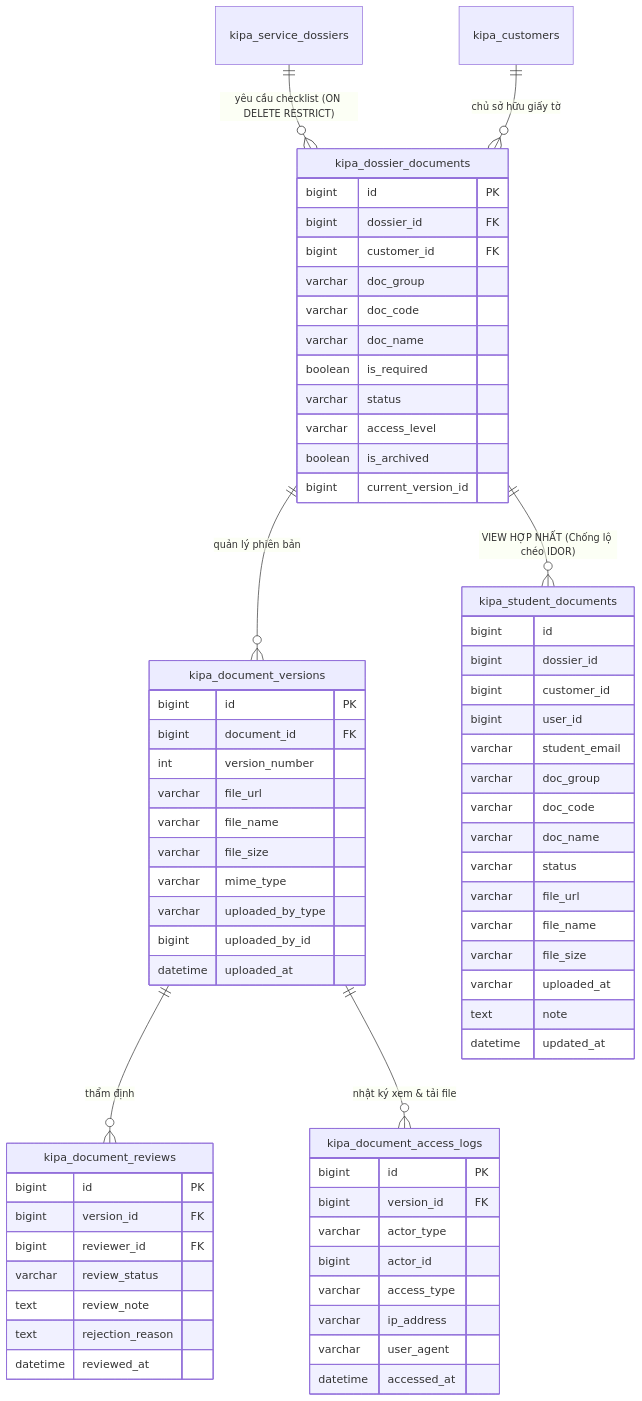
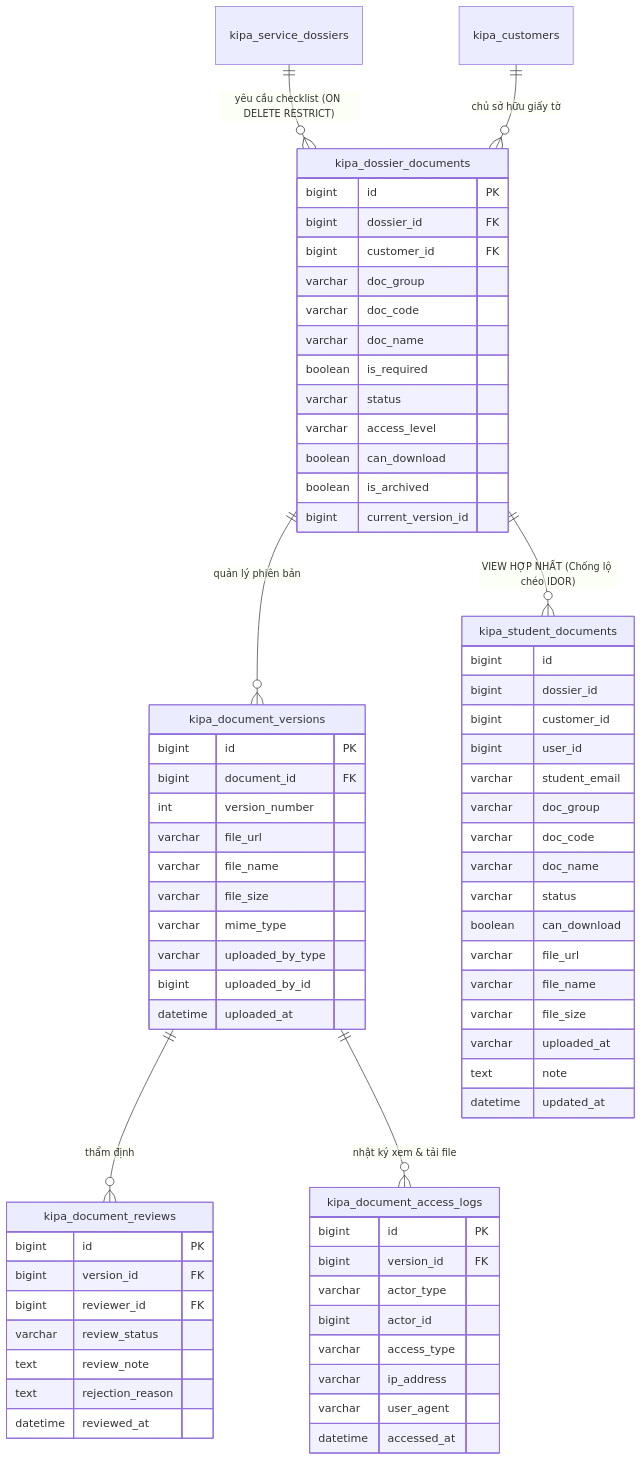
Before and after one commit to sugar4120/Web-KIPA: the sixth of 6 diagrams in DATABASE_RELATIONSHIP_MAP.md, drawn with Mermaid. The commit also changed 8 other files, not shown here.

````diff
--- a/DATABASE_RELATIONSHIP_MAP.md
+++ b/DATABASE_RELATIONSHIP_MAP.md
@@ -396,76 +396,78 @@
 ```mermaid
 erDiagram
     kipa_service_dossiers ||--o{ kipa_dossier_documents : "yêu cầu checklist (ON DELETE RESTRICT)"
     kipa_customers ||--o{ kipa_dossier_documents : "chủ sở hữu giấy tờ"
 
     kipa_dossier_documents {
         bigint id PK
         bigint dossier_id FK
         bigint customer_id FK
         varchar doc_group
         varchar doc_code
         varchar doc_name
         boolean is_required
         varchar status
         varchar access_level
+        boolean can_download
         boolean is_archived
         bigint current_version_id
     }
 
     kipa_document_versions {
         bigint id PK
         bigint document_id FK
         int version_number
         varchar file_url
         varchar file_name
         varchar file_size
         varchar mime_type
         varchar uploaded_by_type
         bigint uploaded_by_id
         datetime uploaded_at
     }
 
     kipa_document_reviews {
         bigint id PK
         bigint version_id FK
         bigint reviewer_id FK
         varchar review_status
         text review_note
         text rejection_reason
         datetime reviewed_at
     }
 
     kipa_document_access_logs {
         bigint id PK
         bigint version_id FK
         varchar actor_type
         bigint actor_id
         varchar access_type
         varchar ip_address
         varchar user_agent
         datetime accessed_at
     }
 
     kipa_student_documents {
         bigint id
         bigint dossier_id
         bigint customer_id
         bigint user_id
         varchar student_email
         varchar doc_group
         varchar doc_code
         varchar doc_name
         varchar status
+        boolean can_download
         varchar file_url
         varchar file_name
         varchar file_size
         varchar uploaded_at
         text note
         datetime updated_at
     }
 
     kipa_dossier_documents ||--o{ kipa_document_versions : "quản lý phiên bản"
     kipa_document_versions ||--o{ kipa_document_reviews : "thẩm định"
     kipa_document_versions ||--o{ kipa_document_access_logs : "nhật ký xem & tải file"
     kipa_dossier_documents ||--o{ kipa_student_documents : "VIEW HỢP NHẤT (Chống lộ chéo IDOR)"
 ```
````
